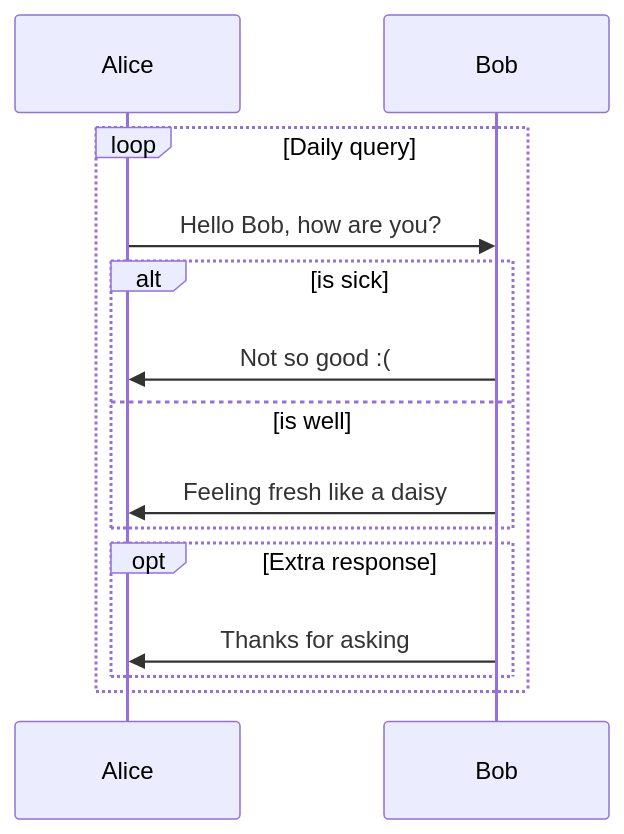
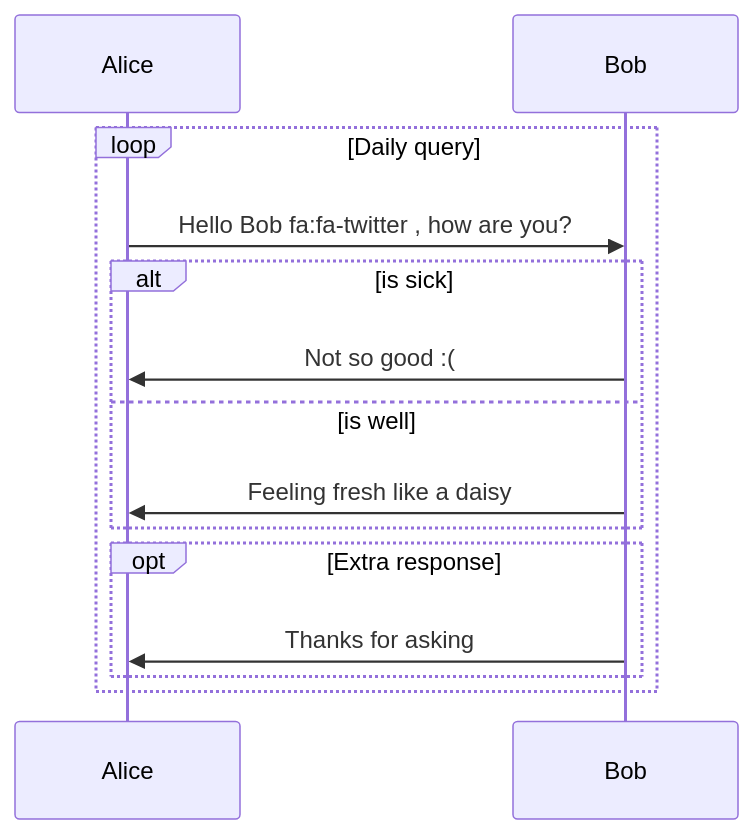
Before and after one commit to fabricejumel/fabricejumel.github.io: the first of 13 diagrams in _posts/2017-10-31-test-mermaid.md, drawn with Mermaid.

```diff
--- a/_posts/2017-10-31-test-mermaid.md
+++ b/_posts/2017-10-31-test-mermaid.md
@@ -12,15 +12,15 @@
 <div class="mermaid">
 sequenceDiagram
     loop Daily query
-        Alice->>Bob: Hello Bob, how are you?
+        Alice->>Bob: Hello Bob fa:fa-twitter , how are you?
         alt is sick
             Bob->>Alice: Not so good :(
         else is well
             Bob->>Alice: Feeling fresh like a daisy
         end
 
         opt Extra response
             Bob->>Alice: Thanks for asking
         end
     end
 </div>
```
